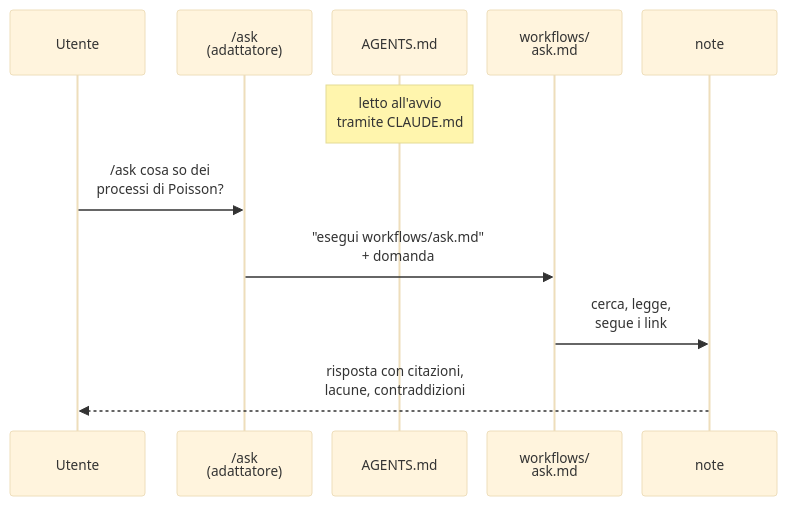
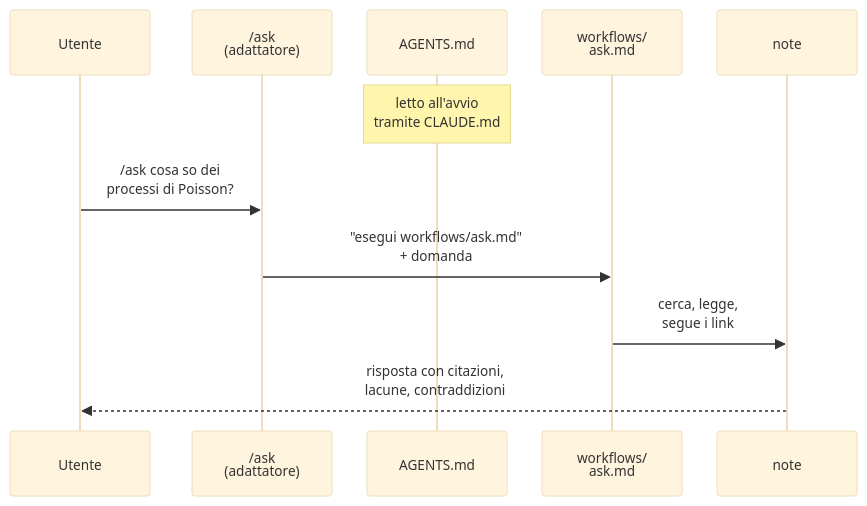
One commit to matteogiorgi/geonote changed the second of 4 diagrams in strumenti_curiosita/second_brain.md. Above: the diagram before and after it, drawn with Mermaid (base theme). The commit also changed other lines of this file, not shown here.

````diff
--- a/strumenti_curiosita/second_brain.md
+++ b/strumenti_curiosita/second_brain.md
@@ -373,20 +373,21 @@
 ```mermaid
 ---
 config:
   fontSize: 13.6
   sequence:
-    width: 135
-    actorMargin: 20
+    width: 140
+    actorMargin: 35
+    diagramMarginX: 15
 ---
 sequenceDiagram
     participant U as Utente
     participant C as /ask<br/>(adattatore)
     participant A as AGENTS.md
     participant W as workflows/<br/>ask.md
     participant N as note
     Note over A: letto all'avvio<br/>tramite CLAUDE.md
     U->>C: /ask cosa so dei<br/>processi di Poisson?
     C->>W: "esegui workflows/ask.md"<br/>+ domanda
     W->>N: cerca, legge,<br/>segue i link
     N-->>U: risposta con citazioni,<br/>lacune, contraddizioni
 ```
````
